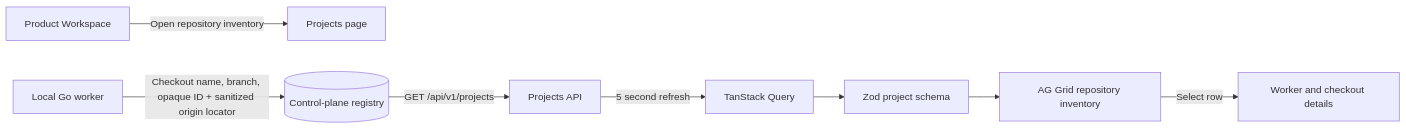
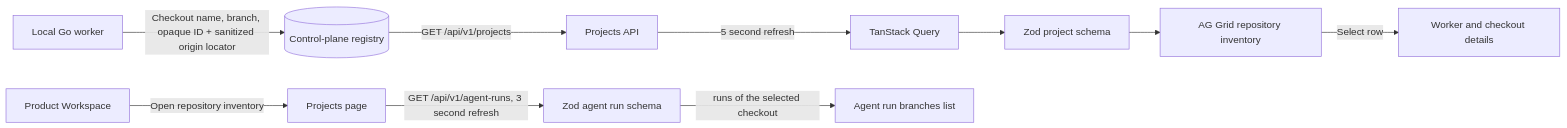
One commit to bogdaniel/zenchron-engineering-os changed the diagram in docs/features/project-inventory.md. Above: the diagram before and after it, drawn with Mermaid. The commit also changed other lines of this file and 16 other files, not shown here.

````diff
--- a/docs/features/project-inventory.md
+++ b/docs/features/project-inventory.md
@@ -9,10 +9,12 @@
 ```mermaid
 flowchart LR
     Workspace[Product Workspace] -->|Open repository inventory| Inventory[Projects page]
     Worker[Local Go worker] -->|Checkout name, branch, opaque ID + sanitized origin locator| Registry[(Control-plane registry)]
     Registry -->|GET /api/v1/projects| API[Projects API]
     API -->|5 second refresh| Query[TanStack Query]
     Query --> Validate[Zod project schema]
     Validate --> Grid[AG Grid repository inventory]
     Grid -->|Select row| Detail[Worker and checkout details]
+    Inventory -->|GET /api/v1/agent-runs, 3 second refresh| Runs[Zod agent run schema]
+    Runs -->|runs of the selected checkout| Branches[Agent run branches list]
 ```
````
